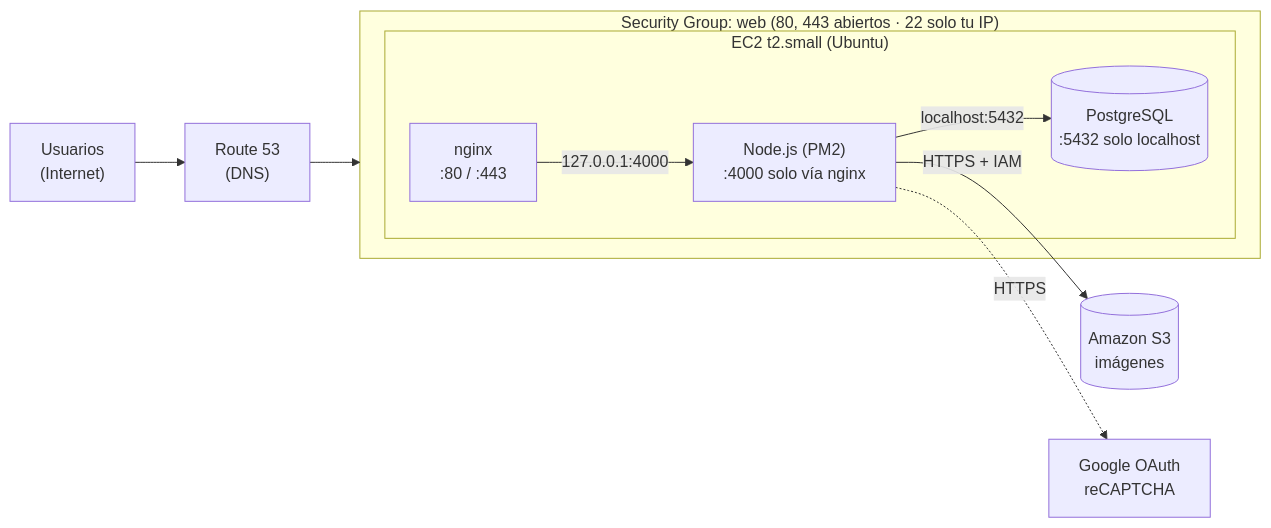
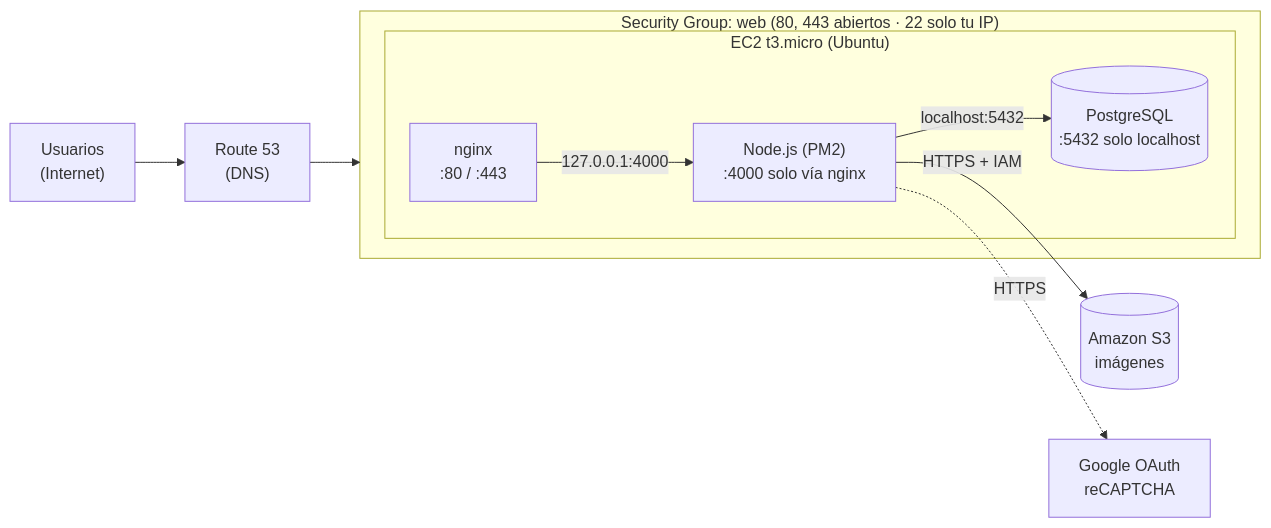
Before and after one commit to Meligamer2901/mi-red-social: the first of 2 diagrams in docs/SEGMENTACION_RED.md, drawn with Mermaid. The commit also changed other lines of this file and 10 other files, not shown here.

````diff
--- a/docs/SEGMENTACION_RED.md
+++ b/docs/SEGMENTACION_RED.md
@@ -14,16 +14,16 @@
 ```mermaid
 flowchart LR
     U["Usuarios\n(Internet)"] --> R53["Route 53\n(DNS)"]
     R53 --> SG
     subgraph SG["Security Group: web (80, 443 abiertos · 22 solo tu IP)"]
-        subgraph EC2["EC2 t2.small (Ubuntu)"]
+        subgraph EC2["EC2 t3.micro (Ubuntu)"]
             NG["nginx\n:80 / :443"]
             ND["Node.js (PM2)\n:4000 solo vía nginx"]
             PG[("PostgreSQL\n:5432 solo localhost")]
         end
     end
     NG -->|127.0.0.1:4000| ND
     ND -->|localhost:5432| PG
     ND -->|HTTPS + IAM| S3[("Amazon S3\nimágenes")]
     ND -.->|HTTPS| EXT["Google OAuth\nreCAPTCHA"]
 ```
````
